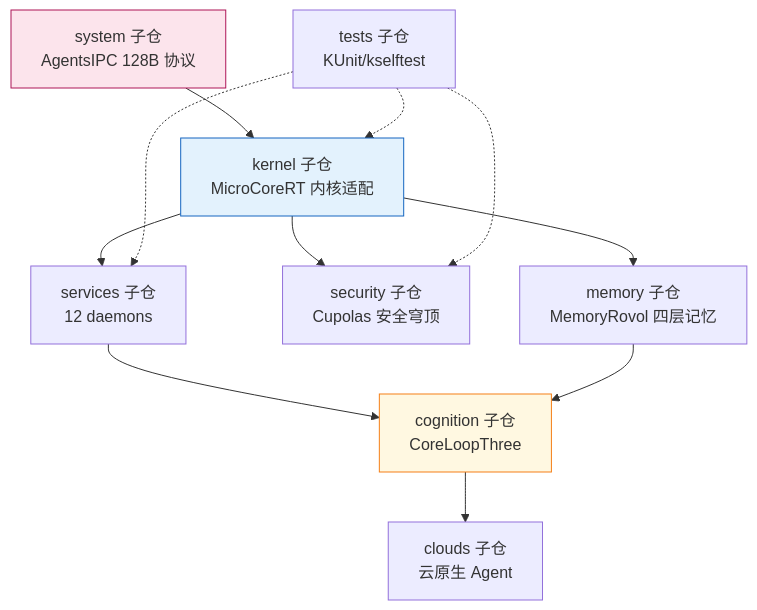
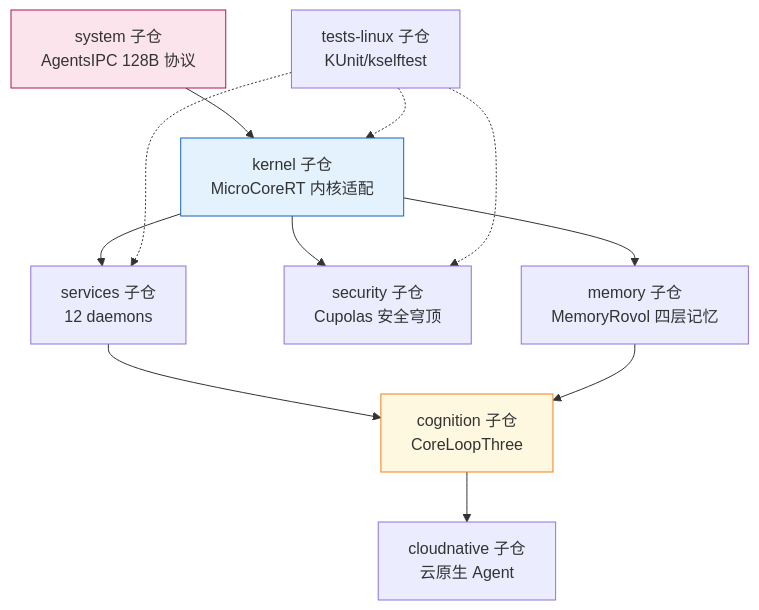
The third of 3 diagrams in AirymaxOS/120-development-process/01-patch-lifecycle.md (openairymax/docs), drawn with Mermaid before and after one commit. The commit also changed other lines of this file and 75 other files, not shown here.

````diff
--- a/AirymaxOS/120-development-process/01-patch-lifecycle.md
+++ b/AirymaxOS/120-development-process/01-patch-lifecycle.md
@@ -334,26 +334,26 @@
 ```mermaid
 flowchart TD
     K[kernel 子仓<br/>MicroCoreRT 内核适配]
     S[services 子仓<br/>12 daemons]
     SE[security 子仓<br/>Cupolas 安全穹顶]
     M[memory 子仓<br/>MemoryRovol 四层记忆]
     CO[cognition 子仓<br/>CoreLoopThree]
-    CL[clouds 子仓<br/>云原生 Agent]
+    CL[cloudnative 子仓<br/>云原生 Agent]
     SY[system 子仓<br/>AgentsIPC 128B 协议]
-    T[tests 子仓<br/>KUnit/kselftest]
+    T[tests-linux 子仓<br/>KUnit/kselftest]
 
     SY --> K
     K --> S
     K --> SE
     K --> M
     S --> CO
     M --> CO
     CO --> CL
     T -.-> K
     T -.-> S
     T -.-> SE
 
     style K fill:#e3f2fd,stroke:#1565c0
     style SY fill:#fce4ec,stroke:#ad1457
     style CO fill:#fff8e1,stroke:#f57f17
 ```
````
